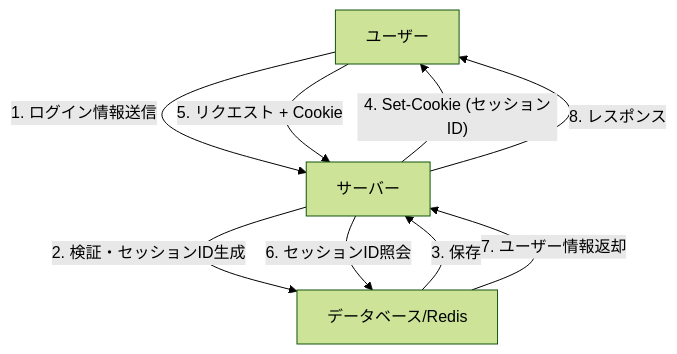
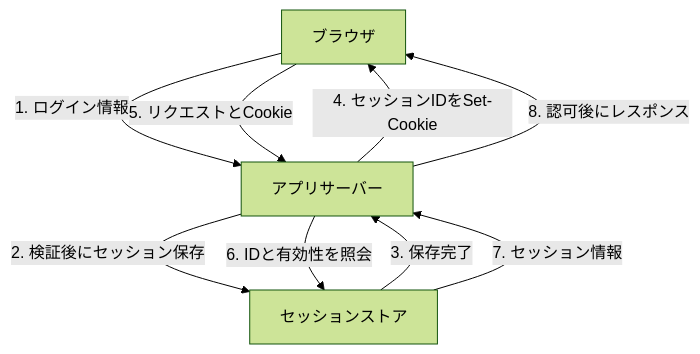
One commit to kenjinote/blog changed the first of 3 diagrams in content/post/jwt-json-web-token-security-risks/index.md. Above: the diagram before and after it, drawn with Mermaid (forest theme). The commit also changed other lines of this file and 6 other files, not shown here.

````diff
--- a/content/post/jwt-json-web-token-security-risks/index.md
+++ b/content/post/jwt-json-web-token-security-risks/index.md
@@ -19,11 +20,11 @@
 ```mermaid
 graph TD
-    A["ユーザー"] -- "1. ログイン情報送信" --> B["サーバー"]
-    B -- "2. 検証・セッションID生成" --> C["データベース/Redis"]
-    C -- "3. 保存" --> B
-    B -- "4. Set-Cookie (セッションID)" --> A
-    A -- "5. リクエスト + Cookie" --> B
-    B -- "6. セッションID照会" --> C
-    C -- "7. ユーザー情報返却" --> B
-    B -- "8. レスポンス" --> A
+    A["ブラウザ"] -- "1. ログイン情報" --> B["アプリサーバー"]
+    B -- "2. 検証後にセッション保存" --> C["セッションストア"]
+    C -- "3. 保存完了" --> B
+    B -- "4. セッションIDをSet-Cookie" --> A
+    A -- "5. リクエストとCookie" --> B
+    B -- "6. IDと有効性を照会" --> C
+    C -- "7. セッション情報" --> B
+    B -- "8. 認可後にレスポンス" --> A
 ```
````
